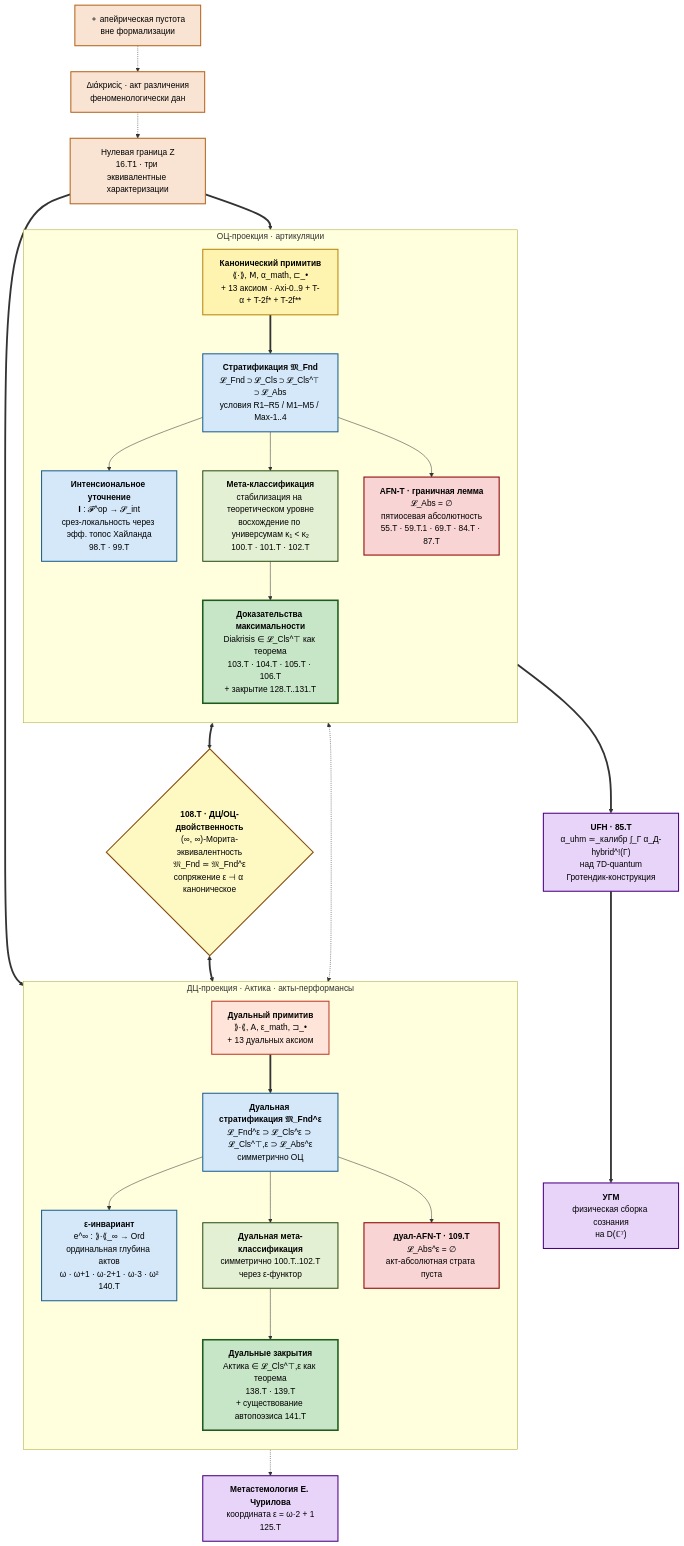
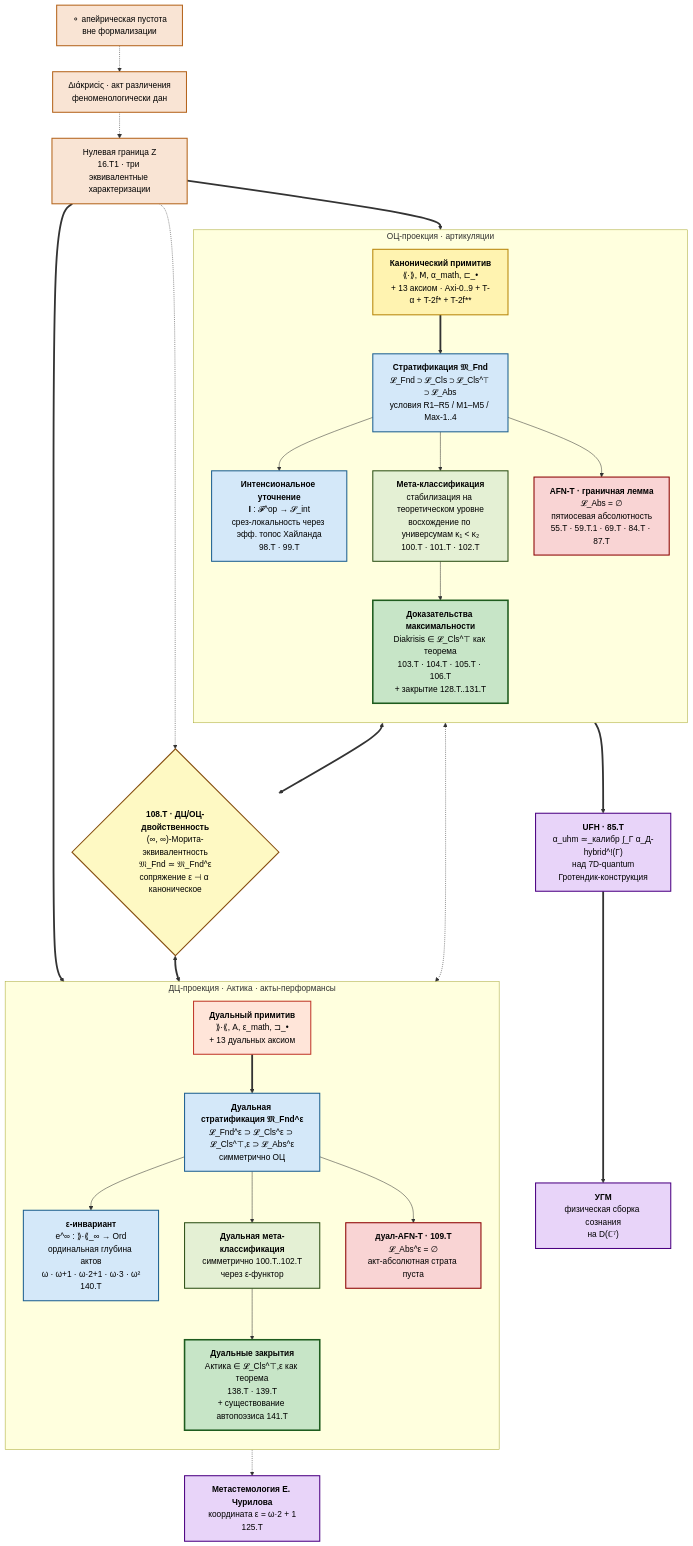
One commit to gst-st/diakrisis changed the first of 7 diagrams in docs/intro.md. Above: the diagram before and after it, drawn with Mermaid.

Commit message:
diakrisis: lift 108.T diamond to PRIM rank in architecture diagram
Add Z -.-> DUALITY edge so the duality diamond ranks at PRIM_OC/PRIM_AC
level instead of floating mid-column, removing empty space above it.

````diff
--- a/docs/intro.md
+++ b/docs/intro.md
@@ -19,66 +19,67 @@
 ```mermaid
 flowchart TB
     classDef phen fill:#f9e4d4,stroke:#b5651d,stroke-width:2px,color:#000
     classDef oc fill:#fff3b0,stroke:#b8860b,stroke-width:2px,color:#000
     classDef ac fill:#ffe5d9,stroke:#c0392b,stroke-width:2px,color:#000
     classDef struct fill:#d4e8f9,stroke:#1e6091,stroke-width:2px,color:#000
     classDef meta fill:#e4f0d4,stroke:#2d5016,stroke-width:2px,color:#000
     classDef max fill:#c7e5c7,stroke:#1e5c1e,stroke-width:3px,color:#000
     classDef bound fill:#f9d4d4,stroke:#8b0000,stroke-width:2px,color:#000
     classDef asm fill:#e8d4f9,stroke:#4b0082,stroke-width:2px,color:#000
     classDef bridge fill:#fef9c3,stroke:#854d0e,stroke-width:2px,color:#000
 
     APEIRON["⚬ апейрическая пустота<br/>вне формализации"]:::phen
     DIAKRISIS["Διάκрисіς · акт различения<br/>феноменологически дан"]:::phen
     Z["Нулевая граница Z<br/>16.T1 · три эквивалентные характеризации"]:::phen
 
     subgraph OC ["ОЦ-проекция · артикуляции"]
         direction TB
         PRIM_OC["<b>Канонический примитив</b><br/>⟪·⟫, 𝖬, α_math, ⊏_•<br/>+ 13 аксиом · Axi-0..9 + T-α + T-2f* + T-2f**"]:::oc
         STRAT_OC["<b>Стратификация 𝔐_Fnd</b><br/>𝓛_Fnd ⊃ 𝓛_Cls ⊃ 𝓛_Cls^⊤ ⊃ 𝓛_Abs<br/>условия R1–R5 / M1–M5 / Max-1..4"]:::struct
         INT_OC["<b>Интенсиональное уточнение</b><br/>𝐈 : 𝓕^op → 𝓢_int<br/>срез-локальность через эфф. топос Хайланда<br/>98.T · 99.T"]:::struct
         META_OC["<b>Мета-классификация</b><br/>стабилизация на теоретическом уровне<br/>восхождение по универсумам κ₁ &lt; κ₂<br/>100.T · 101.T · 102.T"]:::meta
         MAX_OC["<b>Доказательства максимальности</b><br/>Diakrisis ∈ 𝓛_Cls^⊤ как теорема<br/>103.T · 104.T · 105.T · 106.T<br/>+ закрытие 128.T..131.T"]:::max
         BOUND_OC["<b>AFN-T · граничная лемма</b><br/>𝓛_Abs = ∅<br/>пятиосевая абсолютность<br/>55.T · 59.T.1 · 69.T · 84.T · 87.T"]:::bound
     end
 
     subgraph AC ["ДЦ-проекция · Актика · акты-перформансы"]
         direction TB
         PRIM_AC["<b>Дуальный примитив</b><br/>⟫·⟪, 𝖠, ε_math, ⊐_•<br/>+ 13 дуальных аксиом"]:::ac
         STRAT_AC["<b>Дуальная стратификация 𝔐_Fnd^ε</b><br/>𝓛_Fnd^ε ⊃ 𝓛_Cls^ε ⊃ 𝓛_Cls^⊤,ε ⊃ 𝓛_Abs^ε<br/>симметрично ОЦ"]:::struct
         EPS["<b>ε-инвариант</b><br/>e^∞ : ⟫·⟪_∞ → Ord<br/>ординальная глубина актов<br/>ω · ω+1 · ω·2+1 · ω·3 · ω²<br/>140.T"]:::struct
         META_AC["<b>Дуальная мета-классификация</b><br/>симметрично 100.T..102.T<br/>через ε-функтор"]:::meta
         MAX_AC["<b>Дуальные закрытия</b><br/>Актика ∈ 𝓛_Cls^⊤,ε как теорема<br/>138.T · 139.T<br/>+ существование автопоэзиса 141.T"]:::max
         BOUND_AC["<b>дуал-AFN-T · 109.T</b><br/>𝓛_Abs^ε = ∅<br/>акт-абсолютная страта пуста"]:::bound
     end
 
     DUALITY{"<b>108.T · ДЦ/ОЦ-двойственность</b><br/>(∞, ∞)-Морита-эквивалентность<br/>𝔐_Fnd ≃ 𝔐_Fnd^ε<br/>сопряжение ε ⊣ α каноническое"}:::bridge
 
     UFH["<b>UFH · 85.T</b><br/>α_uhm ≃_калибр ∫_Γ α_Д-hybrid^!(Γ)<br/>над 7D-quantum<br/>Гротендик-конструкция"]:::asm
     UHM["<b>УГМ</b><br/>физическая сборка сознания<br/>на D(ℂ⁷)"]:::asm
     METASTEM["<b>Метастемология Е. Чурилова</b><br/>координата ε = ω·2 + 1<br/>125.T"]:::asm
 
     APEIRON -.-> DIAKRISIS -.-> Z
     Z ==> PRIM_OC
+    Z -.-> DUALITY
     Z ==> PRIM_AC
 
     PRIM_OC ==> STRAT_OC
     STRAT_OC --> INT_OC
     STRAT_OC --> META_OC
     META_OC --> MAX_OC
     STRAT_OC --> BOUND_OC
 
     PRIM_AC ==> STRAT_AC
     STRAT_AC --> EPS
     STRAT_AC --> META_AC
     META_AC --> MAX_AC
     STRAT_AC --> BOUND_AC
 
     PRIM_OC <==> DUALITY
     DUALITY <==> PRIM_AC
     BOUND_OC <-.-> BOUND_AC
 
     STRAT_OC ==> UFH
     UFH ==> UHM
     STRAT_AC -.-> METASTEM
 ```
````
